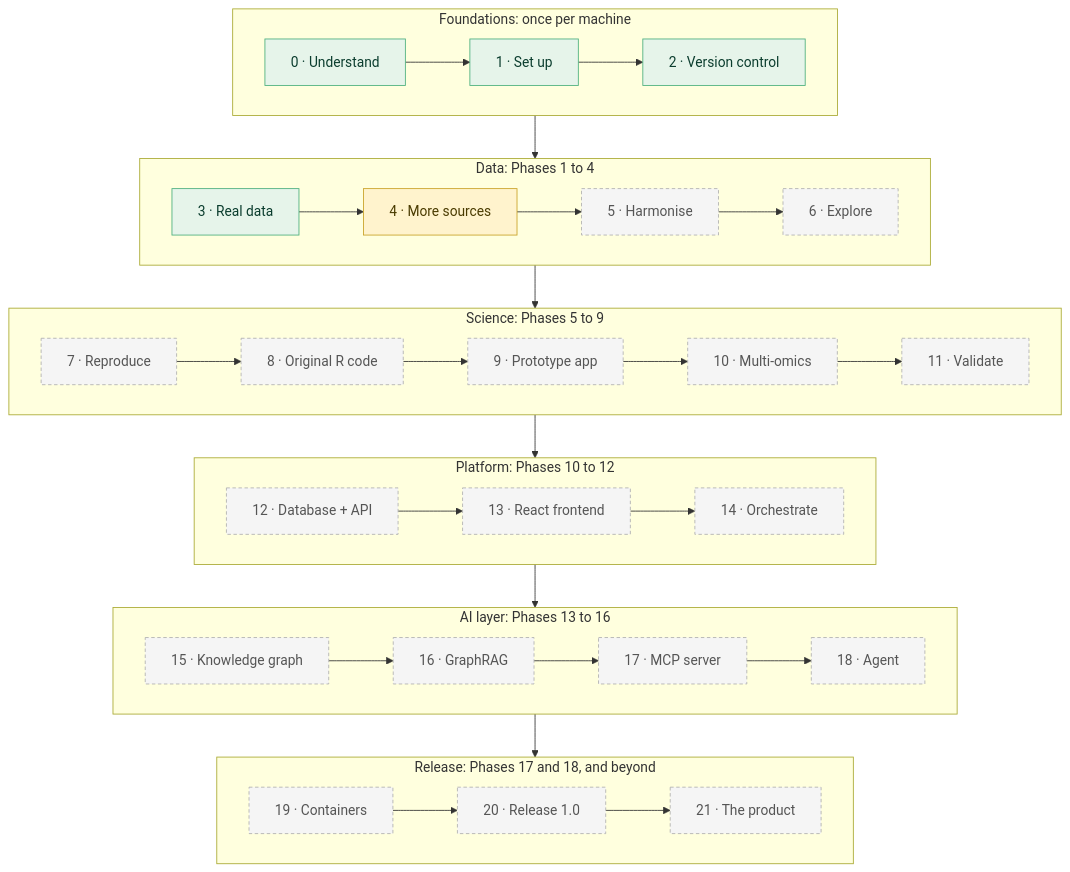
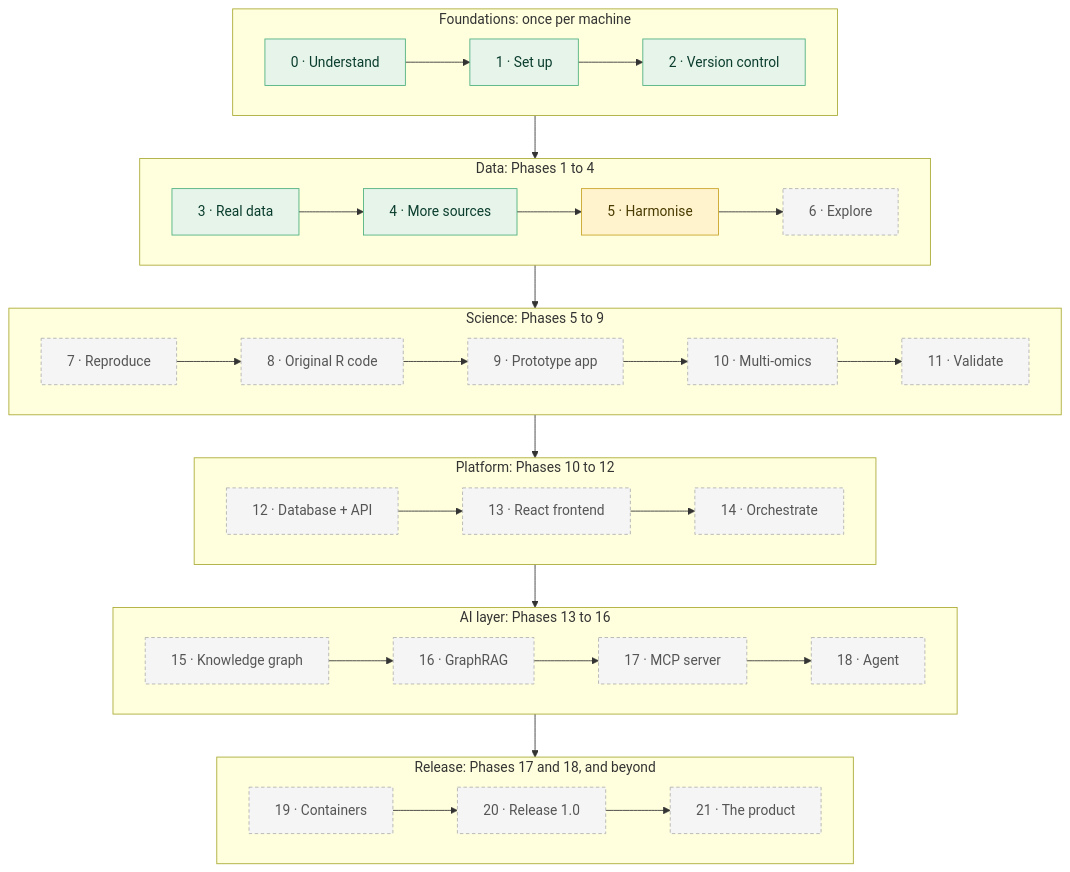
Before and after one commit to akannan2987/realsignal: the first of 2 diagrams in docs/HANDBOOK.md, drawn with Mermaid. The commit also changed other lines of this file and 26 other files, not shown here.

````diff
--- a/docs/HANDBOOK.md
+++ b/docs/HANDBOOK.md
@@ -35,35 +35,35 @@
 ```mermaid
 flowchart TB
     subgraph FOUND["Foundations: once per machine"]
         direction LR
         S0["0 · Understand"] --> S1["1 · Set up"] --> S2["2 · Version control"]
     end
     subgraph DATA["Data: Phases 1 to 4"]
         direction LR
         S3["3 · Real data"] --> S4["4 · More sources"] --> S5["5 · Harmonise"] --> S6["6 · Explore"]
     end
     subgraph SCIENCE["Science: Phases 5 to 9"]
         direction LR
         S7["7 · Reproduce"] --> S8["8 · Original R code"] --> S9["9 · Prototype app"] --> S10["10 · Multi-omics"] --> S11["11 · Validate"]
     end
     subgraph PLATFORM["Platform: Phases 10 to 12"]
         direction LR
         S12["12 · Database + API"] --> S13["13 · React frontend"] --> S14["14 · Orchestrate"]
     end
     subgraph AI["AI layer: Phases 13 to 16"]
         direction LR
         S15["15 · Knowledge graph"] --> S16["16 · GraphRAG"] --> S17["17 · MCP server"] --> S18["18 · Agent"]
     end
     subgraph RELEASE["Release: Phases 17 and 18, and beyond"]
         direction LR
         S19["19 · Containers"] --> S20["20 · Release 1.0"] --> S21["21 · The product"]
     end
     FOUND --> DATA --> SCIENCE --> PLATFORM --> AI --> RELEASE
 
     classDef done fill:#E6F4EA,stroke:#4CAF7D,color:#0B3D2E;
     classDef next fill:#FFF3CD,stroke:#C9A227,color:#4A3B00;
     classDef later fill:#F5F5F5,stroke:#B0B0B0,color:#555555,stroke-dasharray:4 3;
-    class S0,S1,S2,S3 done
-    class S4 next
-    class S5,S6,S7,S8,S9,S10,S11,S12,S13,S14,S15,S16,S17,S18,S19,S20,S21 later
+    class S0,S1,S2,S3,S4 done
+    class S5 next
+    class S6,S7,S8,S9,S10,S11,S12,S13,S14,S15,S16,S17,S18,S19,S20,S21 later
 ```
````
